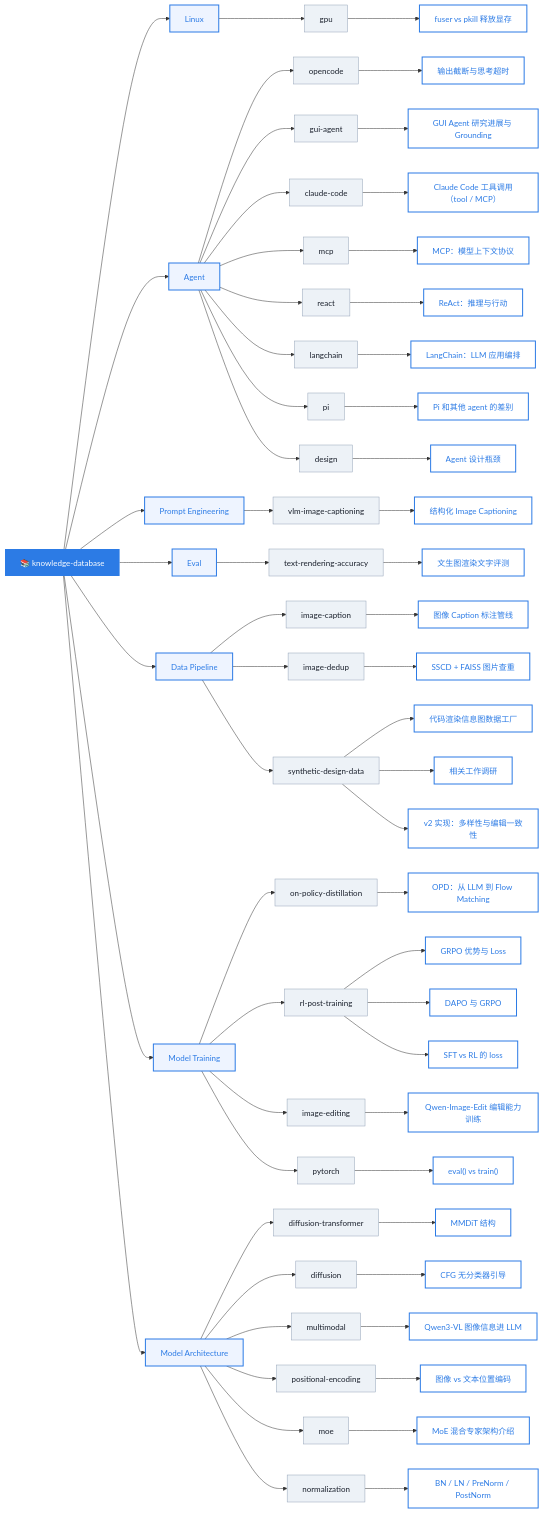
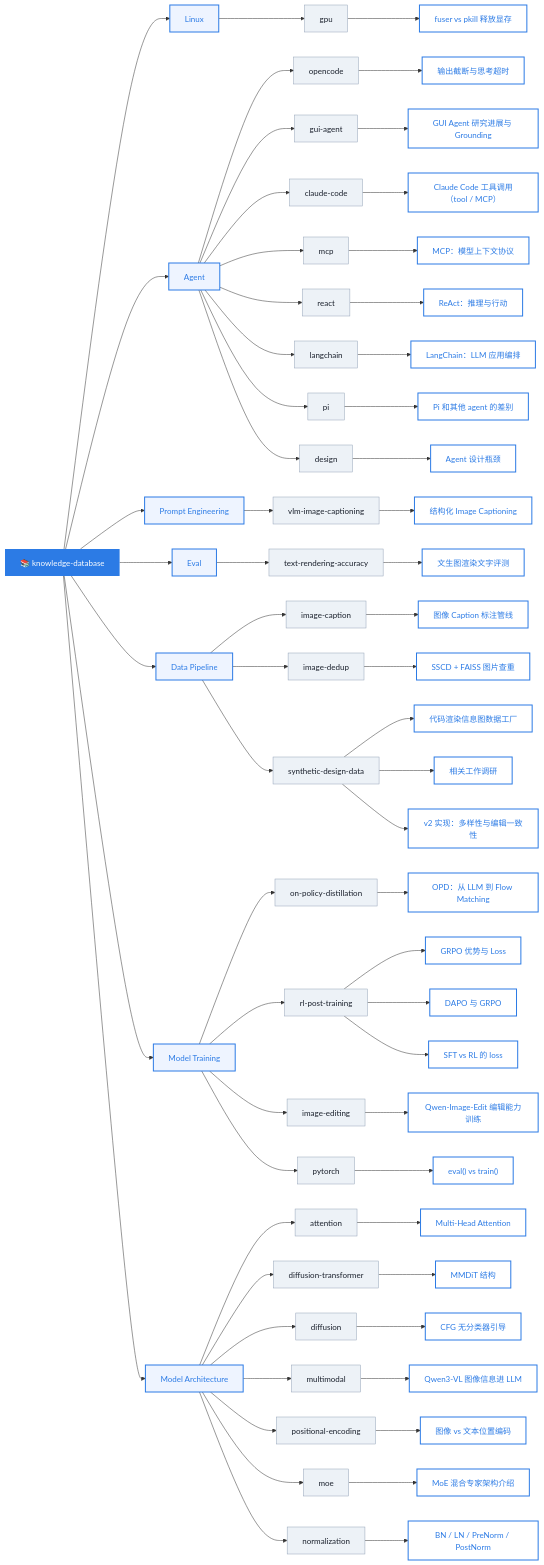
The diagram in README.md (caseclose/knowledge-database), drawn with Mermaid before and after one commit. The commit also changed other lines of this file and 2 other files, not shown here.

Commit message:
add: Multi-Head Attention 面试知识点

# Conflicts:
#	README.md

````diff
--- a/README.md
+++ b/README.md
@@ -67,6 +67,8 @@
     MT --> PT["pytorch"]
     PT --> K21["eval() vs train()"]
 
+    MA --> Attn["attention"]
+    Attn --> K29["Multi-Head Attention"]
     MA --> DT["diffusion-transformer"]
     DT --> K16["MMDiT 结构"]
     MA --> Diff["diffusion"]
@@ -87,8 +89,8 @@
 
     class KB root
     class Linux,Agent,PE,Eval,DP,MT,MA category
-    class GPU,OC,GUI,CC,MCP,RA,LC,PI,AD,PE1,EV1,DP1,DP2,DP3,OPD,RLPT,IE,PT,DT,Diff,MM,PEnc,MoE,Norm sub
-    class K1,K2,K3,K4,K5,K6,K7,K8,K9,K10,K11,K12,K13,K14,K15,K16,K17,K18,K19,K20,K21,K22,K23,K24,K25,K26,K27,K28 knowledge
+    class GPU,OC,GUI,CC,MCP,RA,LC,PI,AD,PE1,EV1,DP1,DP2,DP3,OPD,RLPT,IE,PT,DT,Diff,MM,PEnc,MoE,Norm,Attn sub
+    class K1,K2,K3,K4,K5,K6,K7,K8,K9,K10,K11,K12,K13,K14,K15,K16,K17,K18,K19,K20,K21,K22,K23,K24,K25,K26,K27,K28,K29 knowledge
 
     click K1 href "#/linux/gpu/fuser-vs-pkill-release-gpu-memory"
     click K2 href "#/agent/opencode/output-truncation-and-thinking-timeout"
@@ -118,4 +120,5 @@
     click K26 href "#/agent/pi/pi-vs-other-agents"
     click K27 href "#/agent/design/agent-design-bottlenecks"
     click K28 href "#/model-architecture/diffusion/classifier-free-guidance"
+    click K29 href "#/model-architecture/attention/multihead-attention"
 ```
````
